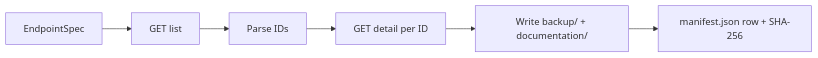
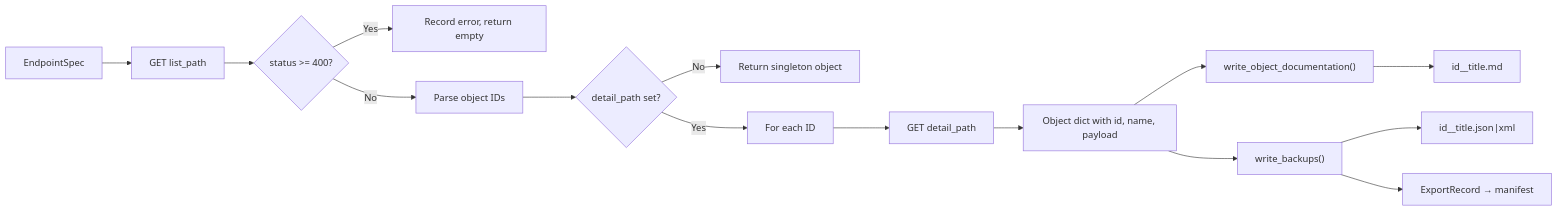
The third of 6 diagrams in docs/architecture.md (roto31/jamf-dossier), drawn with Mermaid before and after one commit. The commit also changed other lines of this file and 31 other files, not shown here.

````diff
--- a/docs/architecture.md
+++ b/docs/architecture.md
@@ -61,8 +120,17 @@
 ```mermaid
 flowchart LR
-  Spec["EndpointSpec"] --> List["GET list"]
-  List --> IDs["Parse IDs"]
-  IDs --> Detail["GET detail per ID"]
-  Detail --> Raw["Write backup/ + documentation/"]
-  Raw --> ManifestRow["manifest.json row + SHA-256"]
+  Spec["EndpointSpec"] --> ListReq["GET list_path"]
+  ListReq --> StatusCheck{"status >= 400?"}
+  StatusCheck -->|Yes| RecordErr["Record error, return empty"]
+  StatusCheck -->|No| ParseIDs["Parse object IDs"]
+  ParseIDs --> DetailCheck{"detail_path set?"}
+  DetailCheck -->|No| Singleton["Return singleton object"]
+  DetailCheck -->|Yes| DetailLoop["For each ID"]
+  DetailLoop --> DetailReq["GET detail_path"]
+  DetailReq --> ObjectDict["Object dict with id, name, payload"]
+  ObjectDict --> WriteDoc["write_object_documentation()"]
+  ObjectDict --> WriteBackup["write_backups()"]
+  WriteDoc --> MDFile["id__title.md"]
+  WriteBackup --> RawFile["id__title.json|xml"]
+  WriteBackup --> ExportRecord["ExportRecord → manifest"]
 ```
````
